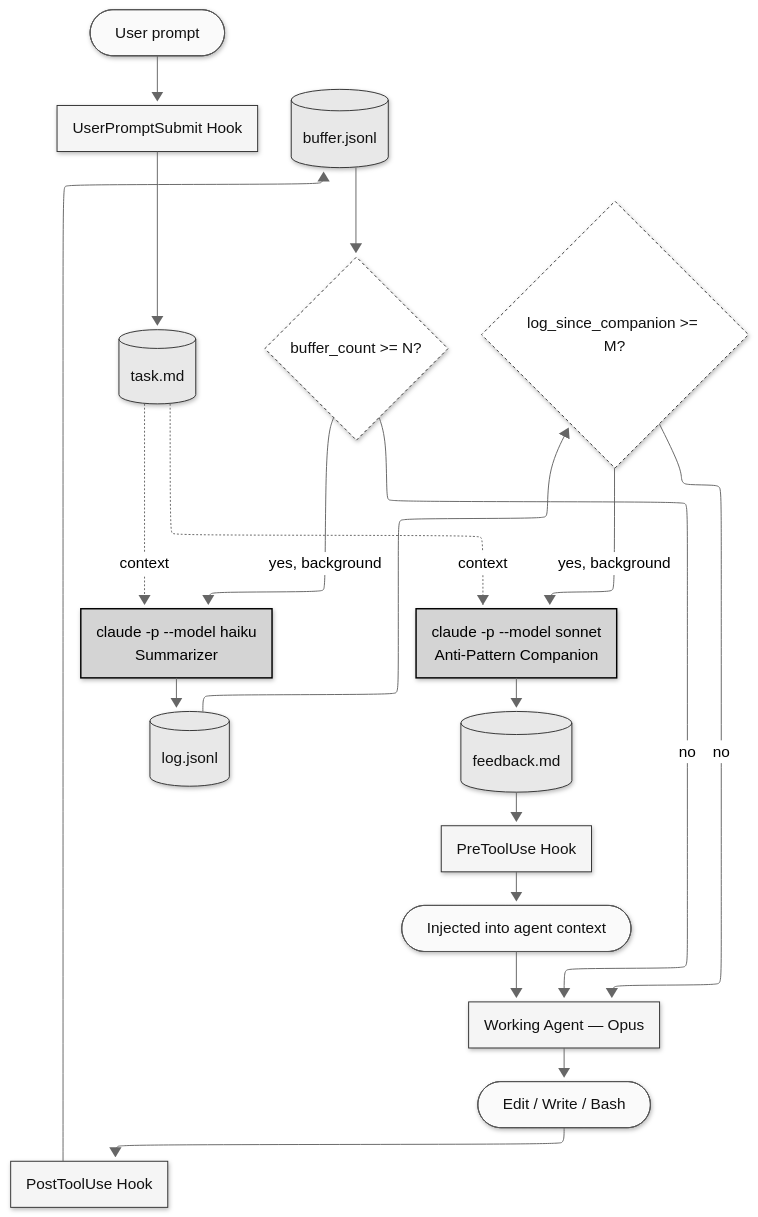
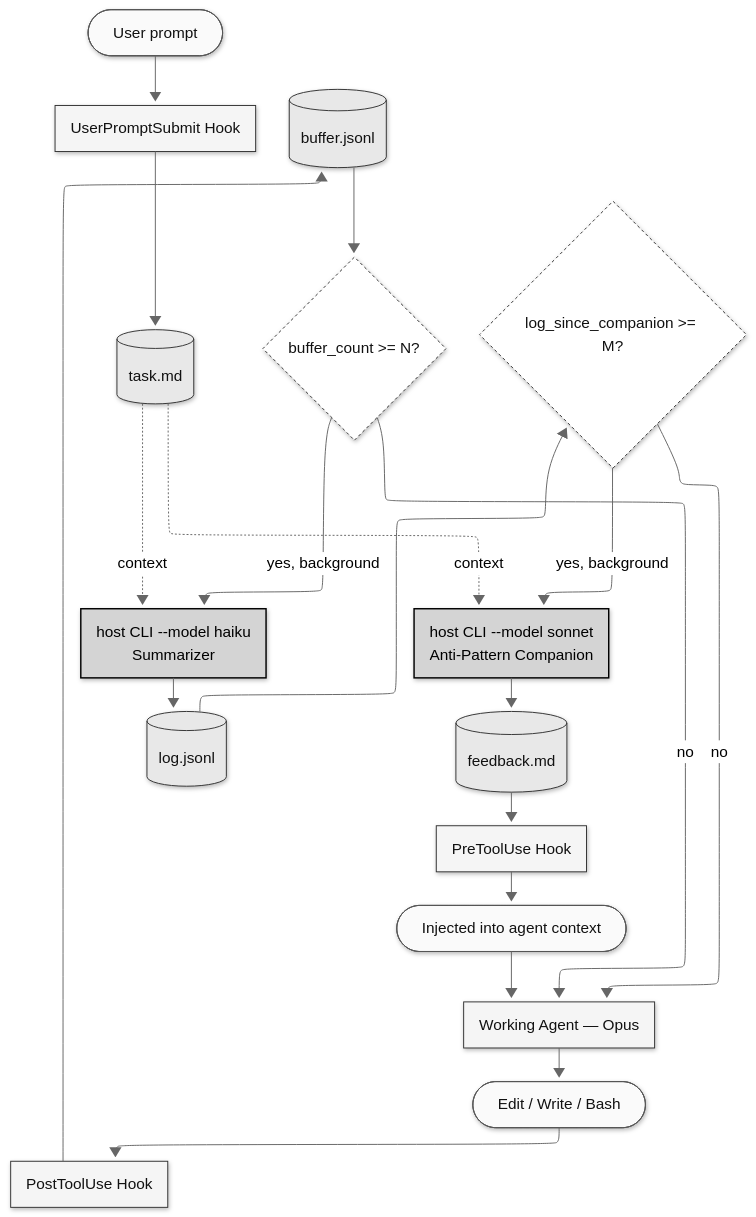
Before and after one commit to nixlim/devlog: the diagram in README.md, drawn with Mermaid. The commit also changed other lines of this file and 1 other file, not shown here.

First line of the commit message:
docs: update README and CLI reference for multi-host support

````diff
--- a/README.md
+++ b/README.md
@@ -21,54 +21,54 @@
 ```mermaid
 ---
 config:
   layout: elk
   theme: neutral
   look: neo
 ---
 flowchart TD
     UserPrompt([User prompt])
     UPSHook[UserPromptSubmit Hook]
     TaskMD[(task.md)]
 
     Agent[Working Agent — Opus]
     ToolCalls([Edit / Write / Bash])
     PostHook[PostToolUse Hook]
     Buffer[(buffer.jsonl)]
 
     BufferGate{buffer_count >= N?}
-    Summarizer[claude -p --model haiku<br/>Summarizer]
+    Summarizer[host CLI --model haiku<br/>Summarizer]
     DevLog[(log.jsonl)]
 
     LogGate{log_since_companion >= M?}
-    Companion[claude -p --model sonnet<br/>Anti-Pattern Companion]
+    Companion[host CLI --model sonnet<br/>Anti-Pattern Companion]
     Feedback[(feedback.md)]
 
     PreHook[PreToolUse Hook]
     Injected([Injected into agent context])
 
     UserPrompt --> UPSHook --> TaskMD
     TaskMD -.context.-> Summarizer
     TaskMD -.context.-> Companion
 
     Agent --> ToolCalls --> PostHook --> Buffer
     Buffer --> BufferGate
     BufferGate -->|yes, background| Summarizer
     BufferGate -->|no| Agent
     Summarizer --> DevLog
     DevLog --> LogGate
     LogGate -->|yes, background| Companion
     LogGate -->|no| Agent
     Companion --> Feedback
     Feedback --> PreHook --> Injected --> Agent
 
     classDef default fill:#f5f5f5,stroke:#333,stroke-width:1px,color:#111
     classDef store fill:#e8e8e8,stroke:#333,stroke-width:1px,color:#111
     classDef model fill:#d4d4d4,stroke:#000,stroke-width:1.5px,color:#000
     classDef gate fill:#fff,stroke:#333,stroke-width:1px,stroke-dasharray:3 3,color:#111
     classDef io fill:#fafafa,stroke:#555,stroke-width:1px,color:#111
 
     class TaskMD,Buffer,DevLog,Feedback store
     class Summarizer,Companion model
     class BufferGate,LogGate gate
     class UserPrompt,ToolCalls,Injected io
 ```
````
